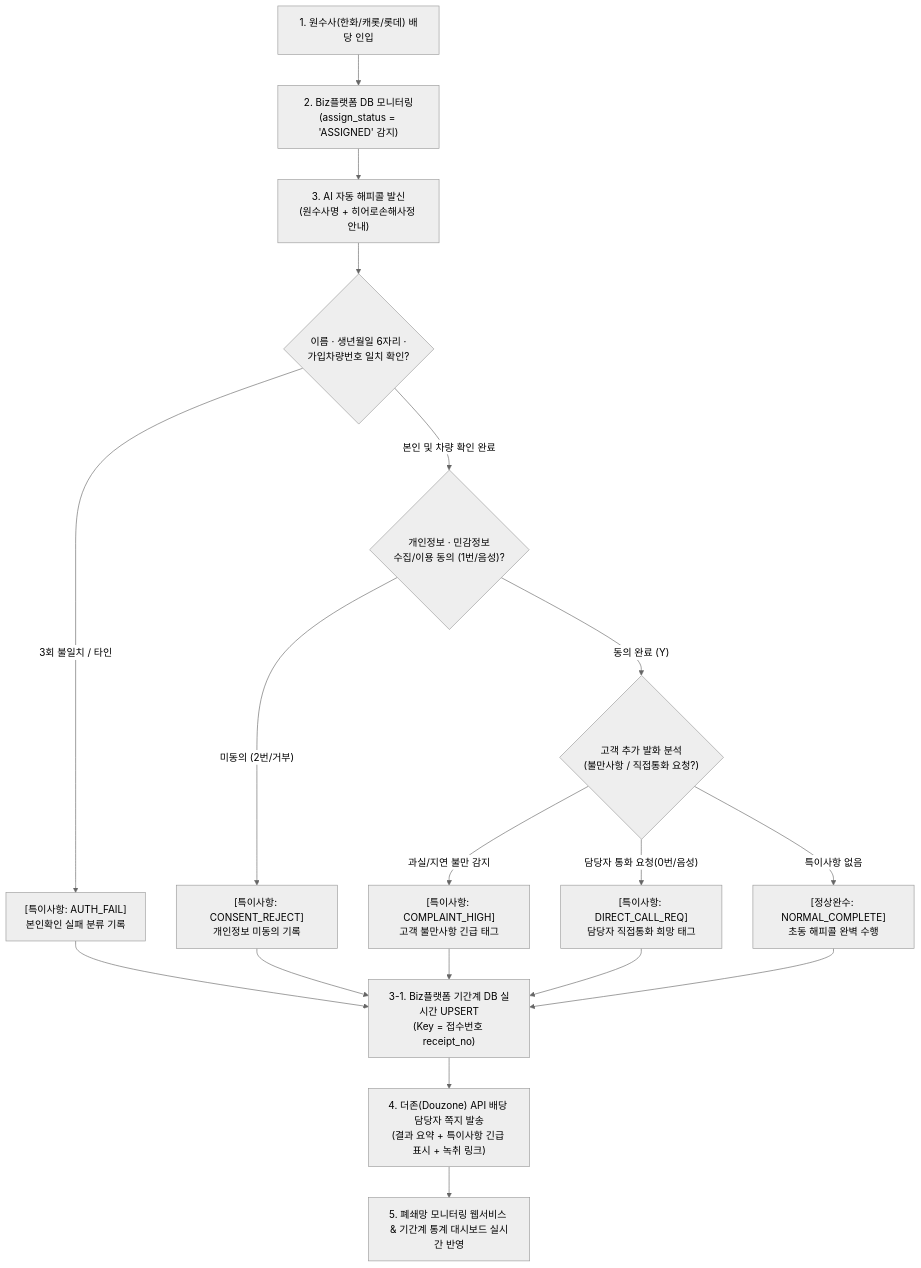
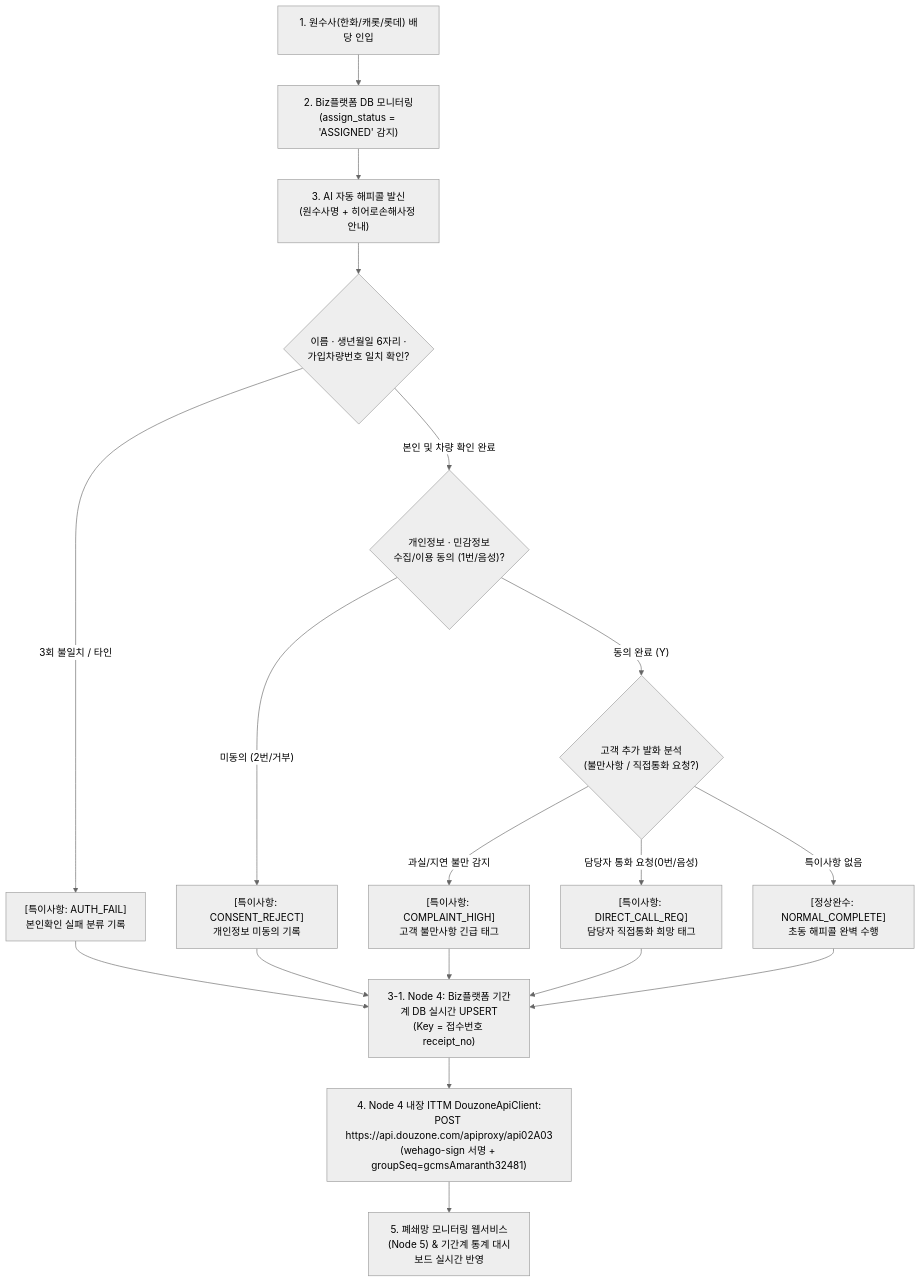
Before and after one commit to herosonsa1/AI_HappyCall: the second of 3 diagrams in dist/docs/04_AI_자동_해피콜_서비스_상세구축계획서.md, drawn with Mermaid (neutral theme). The commit also changed other lines of this file and 33 other files, not shown here.

Commit message:
feat(node4-douzone): REA-analyze ITTM DouzoneApiClient (/apiproxy/api02A03) and embed directly into Node 4 without separate node

````diff
--- a/dist/docs/04_AI_자동_해피콜_서비스_상세구축계획서.md
+++ b/dist/docs/04_AI_자동_해피콜_서비스_상세구축계획서.md
@@ -54,17 +55,17 @@
 ```mermaid
 flowchart TD
     A["1. 원수사(한화/캐롯/롯데) 배당 인입"] --> B["2. Biz플랫폼 DB 모니터링<br/>(assign_status = 'ASSIGNED' 감지)"]
     B --> C["3. AI 자동 해피콜 발신<br/>(원수사명 + 히어로손해사정 안내)"]
     C --> D{"이름 · 생년월일 6자리 ·<br/>가입차량번호 일치 확인?"}
     D -- "3회 불일치 / 타인" --> E1["[특이사항: AUTH_FAIL]<br/>본인확인 실패 분류 기록"]
     D -- "본인 및 차량 확인 완료" --> F{"개인정보 · 민감정보<br/>수집/이용 동의 (1번/음성)?"}
     F -- "미동의 (2번/거부)" --> E2["[특이사항: CONSENT_REJECT]<br/>개인정보 미동의 기록"]
     F -- "동의 완료 (Y)" --> G{"고객 추가 발화 분석<br/>(불만사항 / 직접통화 요청?)"}
     G -- "과실/지연 불만 감지" --> E3["[특이사항: COMPLAINT_HIGH]<br/>고객 불만사항 긴급 태그"]
     G -- "담당자 통화 요청(0번/음성)" --> E4["[특이사항: DIRECT_CALL_REQ]<br/>담당자 직접통화 희망 태그"]
     G -- "특이사항 없음" --> E5["[정상완수: NORMAL_COMPLETE]<br/>초동 해피콜 완벽 수행"]
 
-    E1 & E2 & E3 & E4 & E5 --> H["3-1. Biz플랫폼 기간계 DB 실시간 UPSERT<br/>(Key = 접수번호 receipt_no)"]
-    H --> I["4. 더존(Douzone) API 배당 담당자 쪽지 발송<br/>(결과 요약 + 특이사항 긴급 표시 + 녹취 링크)"]
-    I --> J["5. 폐쇄망 모니터링 웹서비스 & 기간계 통계 대시보드 실시간 반영"]
+    E1 & E2 & E3 & E4 & E5 --> H["3-1. Node 4: Biz플랫폼 기간계 DB 실시간 UPSERT<br/>(Key = 접수번호 receipt_no)"]
+    H --> I["4. Node 4 내장 ITTM DouzoneApiClient:<br/>POST https://api.douzone.com/apiproxy/api02A03<br/>(wehago-sign 서명 + groupSeq=gcmsAmaranth32481)"]
+    I --> J["5. 폐쇄망 모니터링 웹서비스(Node 5) & 기간계 통계 대시보드 실시간 반영"]
 ```
````
